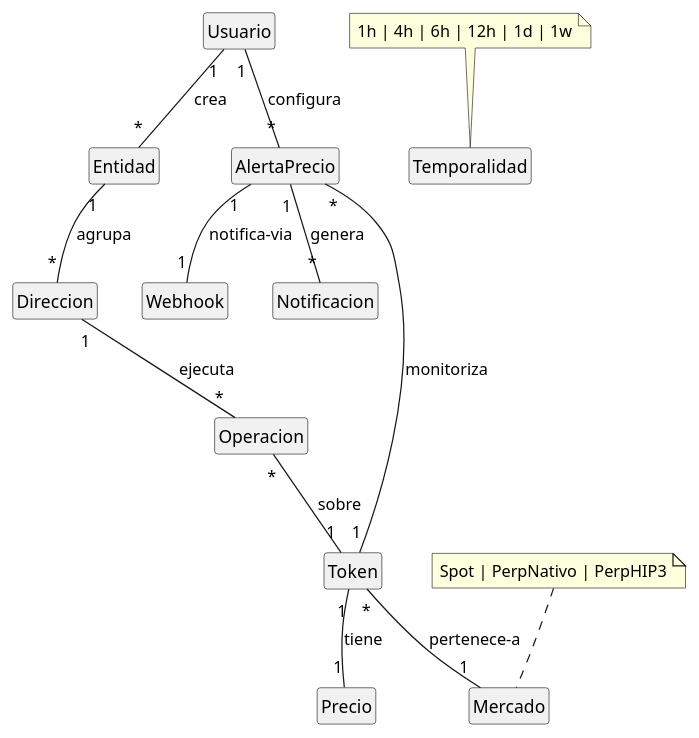
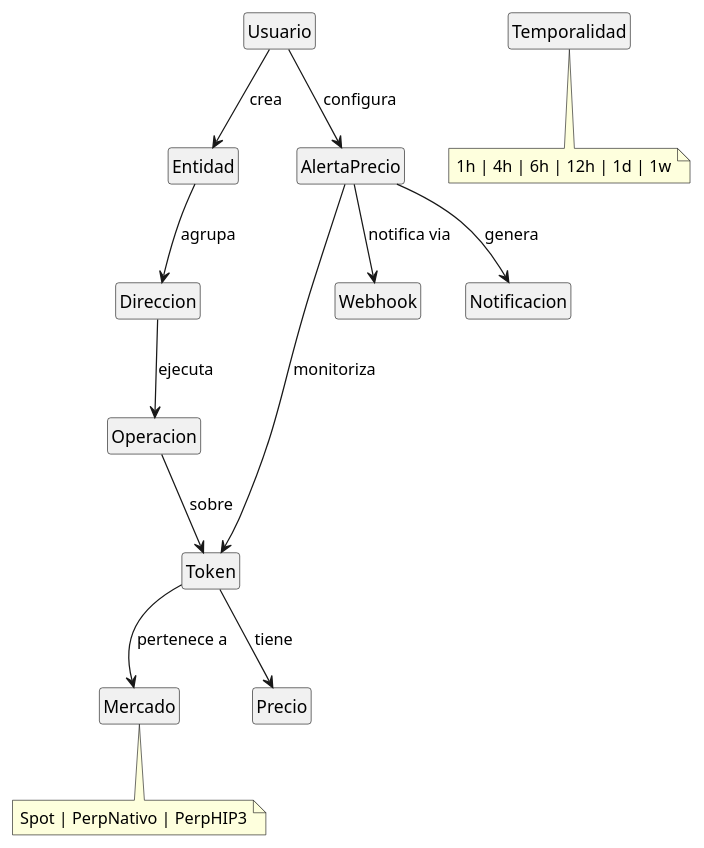
Before and after one commit to nekiiiiis/tfg: the diagram in modelosUML/capitulo2/modeloDelDominio.puml, drawn with PlantUML. The commit also changed 32 other files, not shown here.

First line of the commit message:
Corregir diagramas cap2 y reducir texto a solo diagramas

```diff
--- a/modelosUML/capitulo2/modeloDelDominio.puml
+++ b/modelosUML/capitulo2/modeloDelDominio.puml
@@ -1,36 +1,38 @@
 @startuml
 
 hide circle
 hide stereotype
 hide empty members
 
-class Usuario
-class Token
-class Mercado
-class Precio
-class Direccion
-class Entidad
-class Operacion
-class Temporalidad
-class AlertaPrecio
-class Webhook
-class Notificacion
+class Usuario{}
+class Entidad{}
+class Direccion{}
+class Token{}
+class Mercado{}
+class Precio{}
+class Operacion{}
+class Temporalidad{}
+class AlertaPrecio{}
+class Webhook{}
+class Notificacion{}
 
-Usuario "1" -- "*" Entidad : crea
-Usuario "1" -- "*" AlertaPrecio : configura
-Entidad "1" -- "*" Direccion : agrupa
-Direccion "1" -- "*" Operacion : ejecuta
-Operacion "*" -- "1" Token : sobre
-Token "*" -- "1" Mercado : pertenece-a
-Token "1" -- "1" Precio : tiene
-AlertaPrecio "*" -- "1" Token : monitoriza
-AlertaPrecio "1" -- "1" Webhook : notifica-via
-AlertaPrecio "1" -- "*" Notificacion : genera
+Usuario --> Entidad : crea
+Usuario --> AlertaPrecio : configura
+Entidad --> Direccion : agrupa
+Direccion --> Operacion : ejecuta
+Operacion --> Token : sobre
+Token --> Mercado : pertenece a
+Token --> Precio : tiene
+AlertaPrecio --> Token : monitoriza
+AlertaPrecio --> Webhook : notifica via
+AlertaPrecio --> Notificacion : genera
 
-note "Spot | PerpNativo | PerpHIP3" as N1
-N1 .. Mercado
+note bottom of Mercado
+  Spot | PerpNativo | PerpHIP3
+end note
 
-note "1h | 4h | 6h | 12h | 1d | 1w" as N2
-N2 .. Temporalidad
+note bottom of Temporalidad
+  1h | 4h | 6h | 12h | 1d | 1w
+end note
 
 @enduml
```
